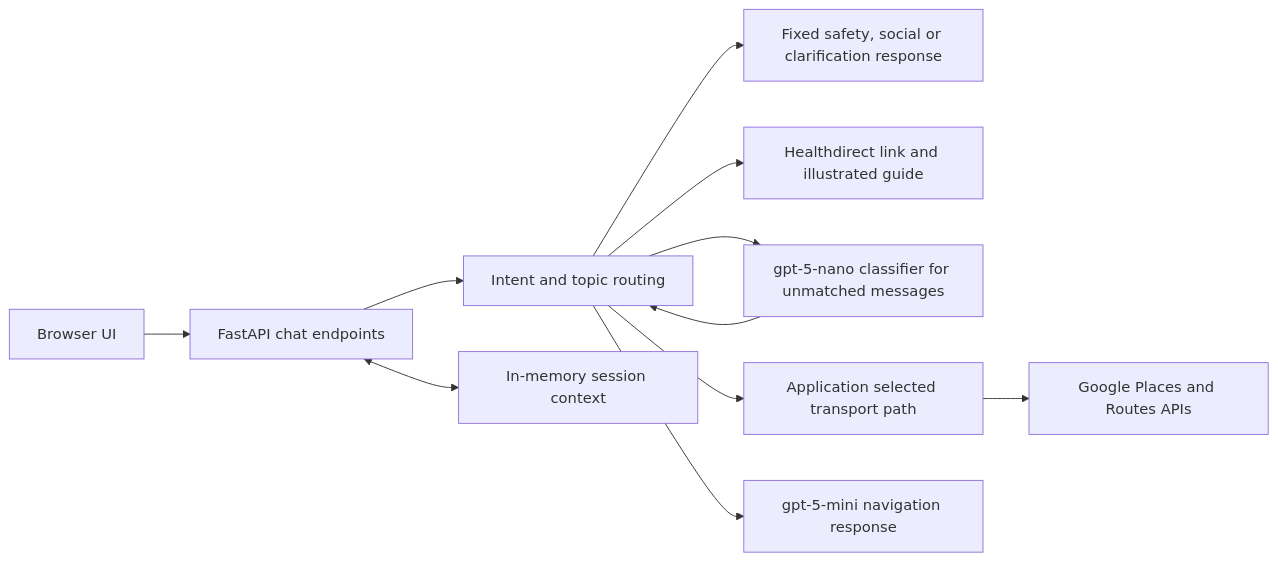
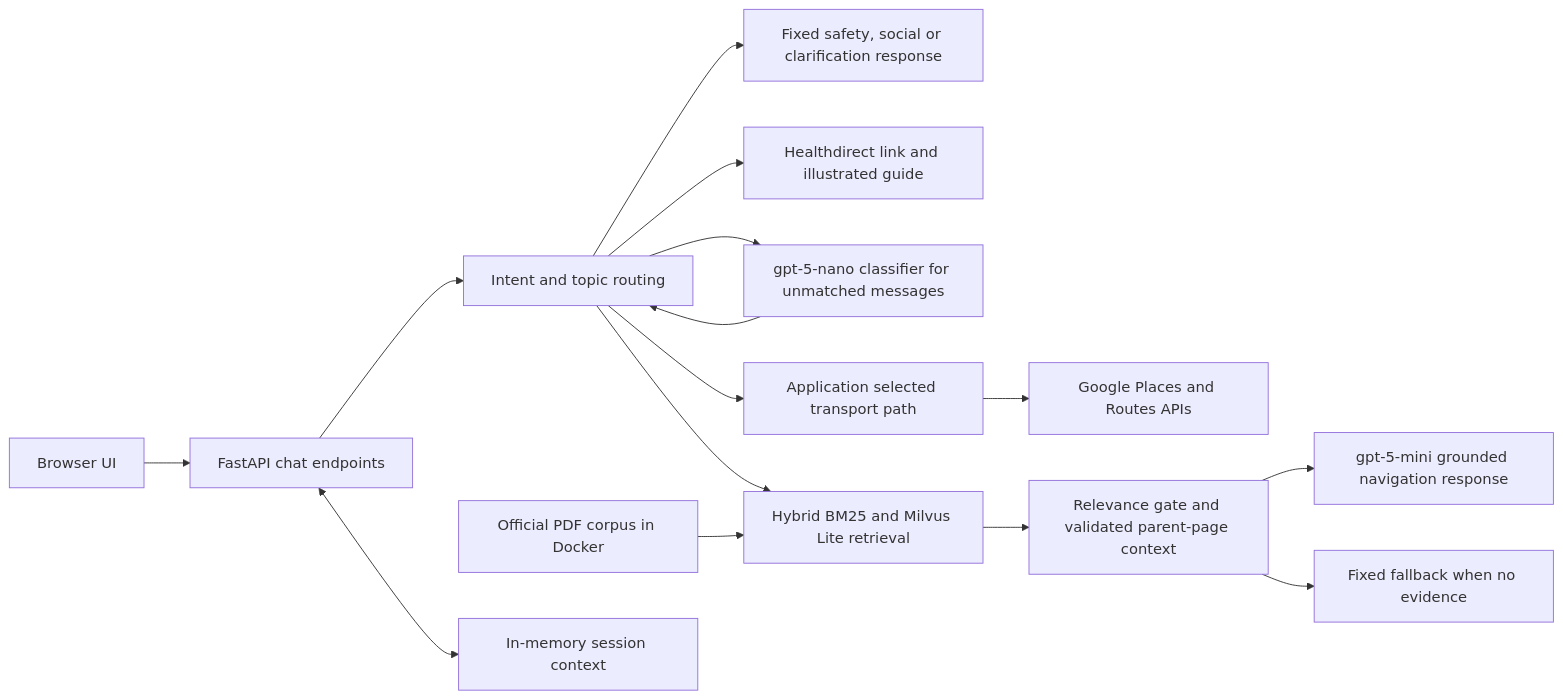
One commit to linfe754/medical-navigator changed the first of 2 diagrams in README.md. Above: the diagram before and after it, drawn with Mermaid. The commit also changed other lines of this file, not shown here.

Commit message:
docs: document v4 production RAG architecture and validation

````diff
--- a/README.md
+++ b/README.md
@@ -55,13 +55,17 @@
 ```mermaid
 flowchart LR
     U[Browser UI] --> A[FastAPI chat endpoints]
     A --> R[Intent and topic routing]
     R --> F[Fixed safety, social or clarification response]
     R --> H[Healthdirect link and illustrated guide]
     R --> C[gpt-5-nano classifier for unmatched messages]
     C --> R
     R --> T[Application selected transport path]
     T --> P[Google Places and Routes APIs]
-    R --> M[gpt-5-mini navigation response]
+    R --> Q[Hybrid BM25 and Milvus Lite retrieval]
+    Q --> G[Relevance gate and validated parent-page context]
+    G --> M[gpt-5-mini grounded navigation response]
+    G --> B[Fixed fallback when no evidence]
+    D[Official PDF corpus in Docker] --> Q
     A <--> S[In-memory session context]
 ```
````
